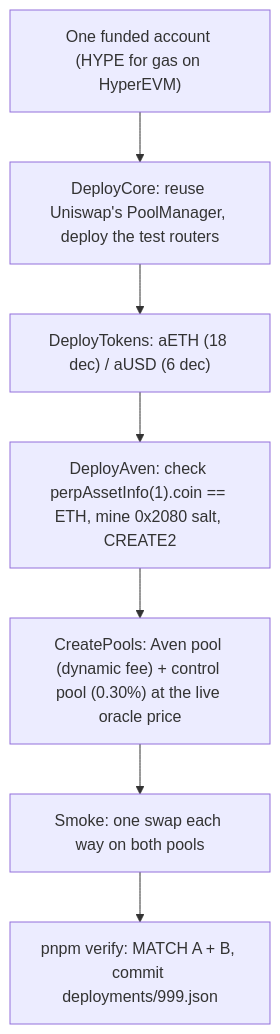
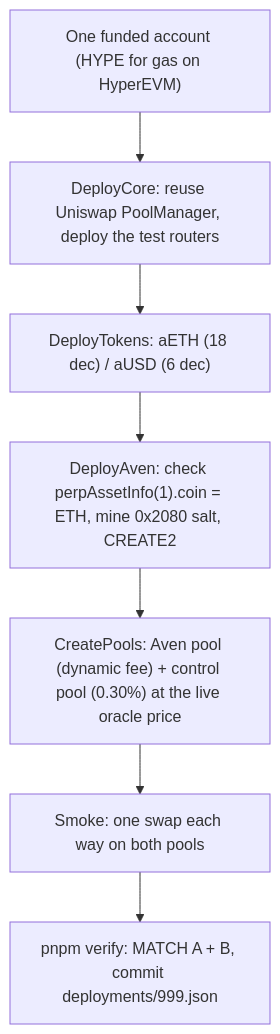
Before and after one commit to SATISH-JALAN/Aven: the third of 3 diagrams in README.md, drawn with Mermaid. The commit also changed other lines of this file and 2 other files, not shown here.

Commit message:
docs(readme): fix mermaid diagram syntax errors

````diff
--- a/README.md
+++ b/README.md
@@ -478,9 +478,9 @@
 ```mermaid
 flowchart TD
-  A["One funded account (HYPE for gas on HyperEVM)"] --> C["DeployCore: reuse Uniswap's PoolManager, deploy the test routers"]
-  C --> E["DeployTokens: aETH (18 dec) / aUSD (6 dec)"]
-  E --> F["DeployAven: check perpAssetInfo(1).coin == ETH, mine 0x2080 salt, CREATE2"]
-  F --> G["CreatePools: Aven pool (dynamic fee) + control pool (0.30%) at the live oracle price"]
-  G --> H["Smoke: one swap each way on both pools"]
-  H --> I["pnpm verify: MATCH A + B, commit deployments/999.json"]
+  A["One funded account (HYPE for gas on HyperEVM)"] --> B["DeployCore: reuse Uniswap PoolManager, deploy the test routers"]
+  B --> C["DeployTokens: aETH (18 dec) / aUSD (6 dec)"]
+  C --> D["DeployAven: check perpAssetInfo(1).coin = ETH, mine 0x2080 salt, CREATE2"]
+  D --> E["CreatePools: Aven pool (dynamic fee) + control pool (0.30%) at the live oracle price"]
+  E --> F["Smoke: one swap each way on both pools"]
+  F --> G["pnpm verify: MATCH A + B, commit deployments/999.json"]
 ```
````
